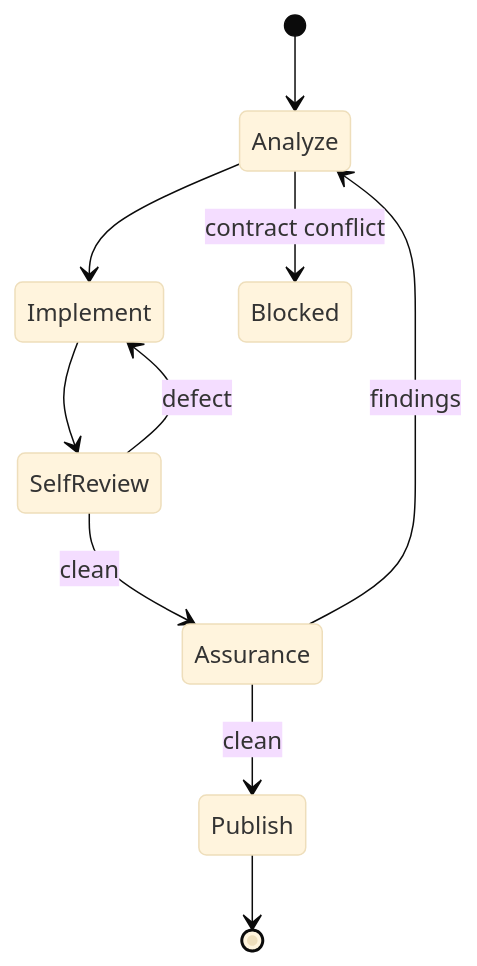
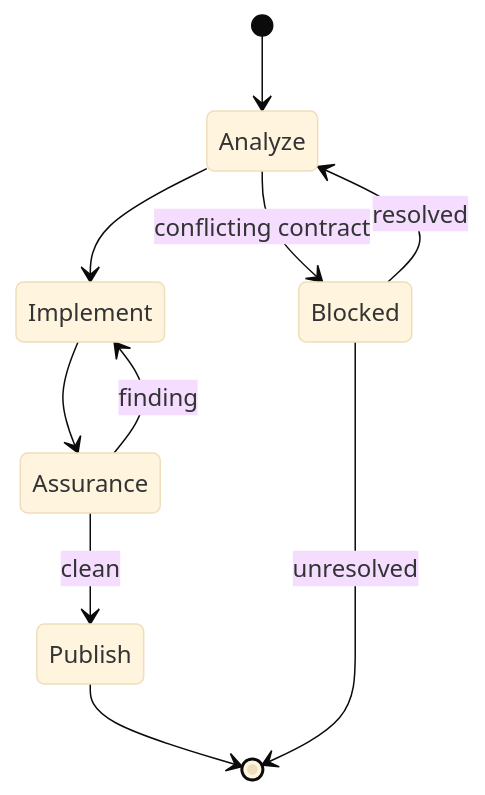
One commit to MP281X/ai-toolkit changed the diagram in .agents/skills/implementation/SKILL.md. Above: the diagram before and after it, drawn with Mermaid (base theme). The commit also changed other lines of this file and 52 other files, not shown here.

````diff
--- a/.agents/skills/implementation/SKILL.md
+++ b/.agents/skills/implementation/SKILL.md
@@ -6,12 +6,12 @@
 ```mermaid
 stateDiagram-v2
-    [*] --> Analyze
-    Analyze --> Implement
-    Implement --> SelfReview
-    SelfReview --> Implement: defect
-    SelfReview --> Assurance: clean
-    Assurance --> Analyze: findings
-    Assurance --> Publish: clean
-    Publish --> [*]
-    Analyze --> Blocked: contract conflict
+	[*] --> Analyze
+	Analyze --> Implement
+	Implement --> Assurance
+	Assurance --> Implement: finding
+	Assurance --> Publish: clean
+	Publish --> [*]
+	Analyze --> Blocked: conflicting contract
+	Blocked --> Analyze: resolved
+	Blocked --> [*]: unresolved
 ```
````
